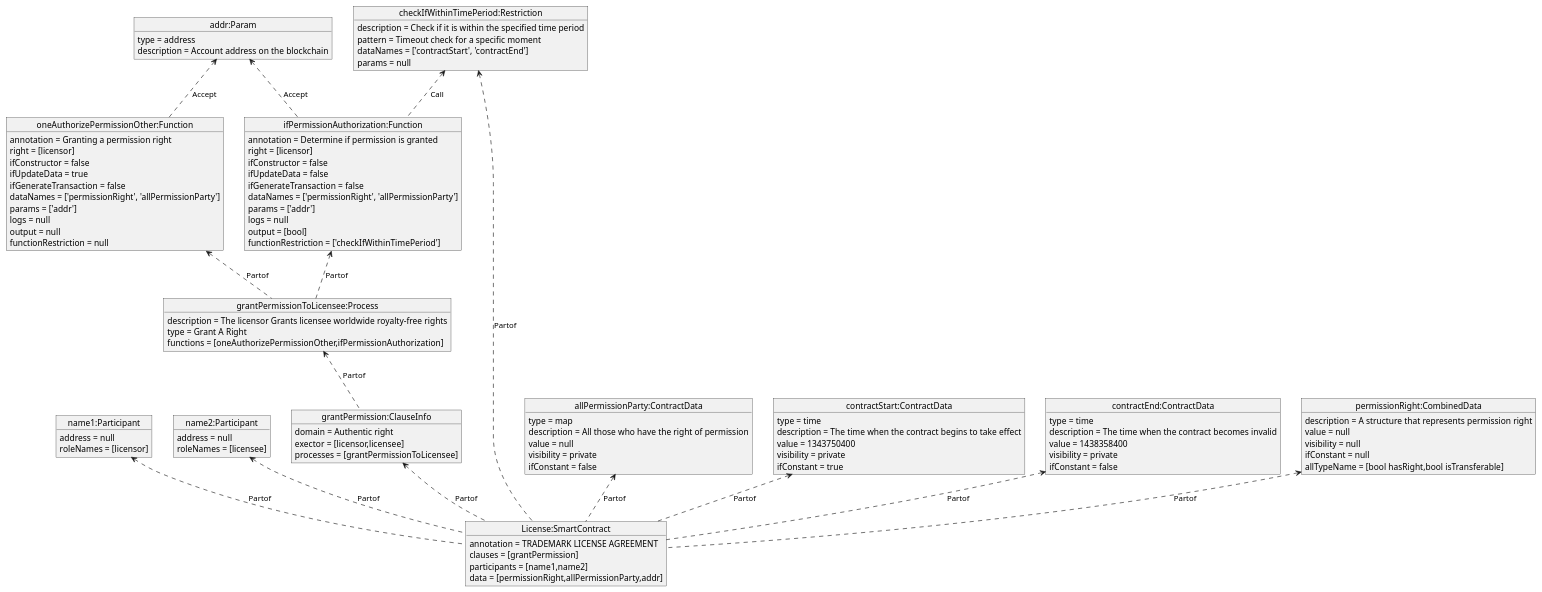
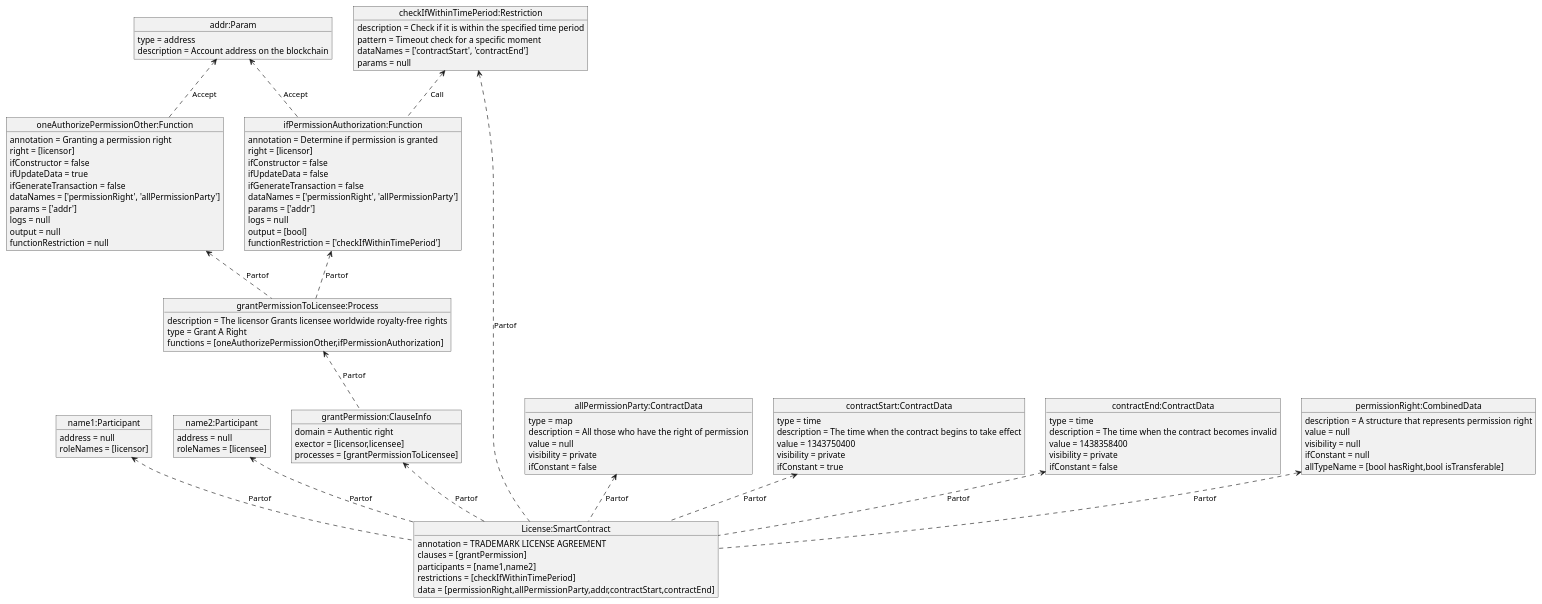
The diagram in plantUML_dia/a_result.puml (HIT-LWY/sc_MDA_code), drawn with PlantUML before and after one commit. The commit also changed 4 other files, not shown here.

```diff
--- a/plantUML_dia/a_result.puml
+++ b/plantUML_dia/a_result.puml
@@ -1,89 +1,90 @@
 @startuml
 object "License:SmartContract" as License
 License : annotation = TRADEMARK LICENSE AGREEMENT
 License : clauses = [grantPermission]
 License : participants = [name1,name2]
-License : data = [permissionRight,allPermissionParty,addr]
+License : restrictions = [checkIfWithinTimePeriod]
+License : data = [permissionRight,allPermissionParty,addr,contractStart,contractEnd]
 object "name1:Participant" as name1
 name1 : address = null
 name1 : roleNames = [licensor]
 object "name2:Participant" as name2
 name2 : address = null
 name2 : roleNames = [licensee]
 object "grantPermission:ClauseInfo" as grantPermission
 grantPermission : domain = Authentic right
 grantPermission : exector = [licensor,licensee]
 grantPermission : processes = [grantPermissionToLicensee]
 object "grantPermissionToLicensee:Process" as grantPermissionToLicensee
 grantPermissionToLicensee : description = The licensor Grants licensee worldwide royalty-free rights
 grantPermissionToLicensee : type = Grant A Right
 grantPermissionToLicensee : functions = [oneAuthorizePermissionOther,ifPermissionAuthorization]
 object "oneAuthorizePermissionOther:Function" as oneAuthorizePermissionOther
 oneAuthorizePermissionOther : annotation = Granting a permission right
 oneAuthorizePermissionOther : right = [licensor]
 oneAuthorizePermissionOther : ifConstructor = false
 oneAuthorizePermissionOther : ifUpdateData = true
 oneAuthorizePermissionOther : ifGenerateTransaction = false
 oneAuthorizePermissionOther : dataNames = ['permissionRight', 'allPermissionParty']
 oneAuthorizePermissionOther : params = ['addr']
 oneAuthorizePermissionOther : logs = null
 oneAuthorizePermissionOther : output = null
 oneAuthorizePermissionOther : functionRestriction = null
 object "ifPermissionAuthorization:Function" as ifPermissionAuthorization
 ifPermissionAuthorization : annotation = Determine if permission is granted
 ifPermissionAuthorization : right = [licensor]
 ifPermissionAuthorization : ifConstructor = false
 ifPermissionAuthorization : ifUpdateData = false
 ifPermissionAuthorization : ifGenerateTransaction = false
 ifPermissionAuthorization : dataNames = ['permissionRight', 'allPermissionParty']
 ifPermissionAuthorization : params = ['addr']
 ifPermissionAuthorization : logs = null
 ifPermissionAuthorization : output = [bool]
 ifPermissionAuthorization : functionRestriction = ['checkIfWithinTimePeriod']
 object "checkIfWithinTimePeriod:Restriction" as checkIfWithinTimePeriod
 checkIfWithinTimePeriod : description = Check if it is within the specified time period
 checkIfWithinTimePeriod : pattern = Timeout check for a specific moment
 checkIfWithinTimePeriod : dataNames = ['contractStart', 'contractEnd']
 checkIfWithinTimePeriod : params = null
 object "allPermissionParty:ContractData" as allPermissionParty
 allPermissionParty : type = map
 allPermissionParty : description = All those who have the right of permission
 allPermissionParty : value = null
 allPermissionParty : visibility = private
 allPermissionParty : ifConstant = false
 object "contractStart:ContractData" as contractStart
 contractStart : type = time
 contractStart : description = The time when the contract begins to take effect
 contractStart : value = 1343750400
 contractStart : visibility = private
 contractStart : ifConstant = true
 object "contractEnd:ContractData" as contractEnd
 contractEnd : type = time
 contractEnd : description = The time when the contract becomes invalid
 contractEnd : value = 1438358400
 contractEnd : visibility = private
 contractEnd : ifConstant = false
 object "permissionRight:CombinedData" as permissionRight
 permissionRight : description = A structure that represents permission right
 permissionRight : value = null
 permissionRight : visibility = null
 permissionRight : ifConstant = null
 permissionRight : allTypeName = [bool hasRight,bool isTransferable]
 object "addr:Param" as addr
 addr : type = address
 addr : description = Account address on the blockchain
 name1<.. License: Partof
 name2<.. License: Partof
 grantPermission<.. License: Partof
 grantPermissionToLicensee<.. grantPermission: Partof
 oneAuthorizePermissionOther<.. grantPermissionToLicensee: Partof
 ifPermissionAuthorization<.. grantPermissionToLicensee: Partof
 checkIfWithinTimePeriod<.. ifPermissionAuthorization: Call
 checkIfWithinTimePeriod<.. License: Partof
 permissionRight<.. License: Partof
 allPermissionParty<.. License: Partof
 contractStart<.. License: Partof
 contractEnd<.. License: Partof
 addr<..oneAuthorizePermissionOther: Accept
 addr<..ifPermissionAuthorization: Accept
 @enduml
```
